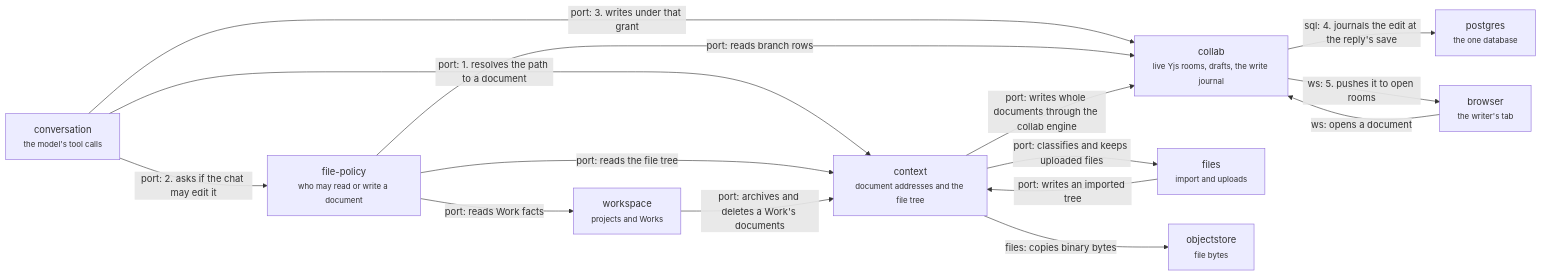
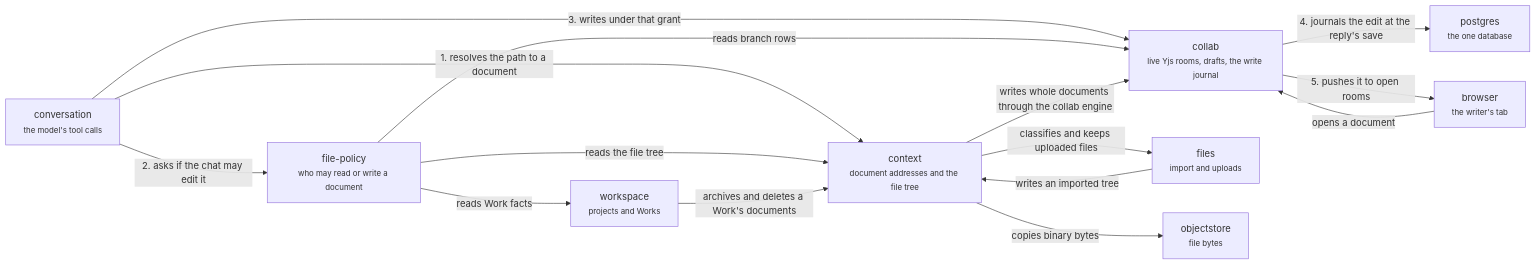
One commit to haowjy/meridian-flow changed the diagram in .context/system-architecture/server-documents.md. Above: the diagram before and after it, drawn with Mermaid. The commit also changed 13 other files, not shown here.

````diff
--- a/.context/system-architecture/server-documents.md
+++ b/.context/system-architecture/server-documents.md
@@ -5,26 +5,26 @@
 ```mermaid
 flowchart LR
   collab["collab<br/><small>live Yjs rooms, drafts, the write journal</small>"]:::domain
   context["context<br/><small>document addresses and the file tree</small>"]:::domain
   file-policy["file-policy<br/><small>who may read or write a document</small>"]:::domain
   conversation["conversation<br/><small>the model's tool calls</small>"]:::context
   workspace["workspace<br/><small>projects and Works</small>"]:::context
   files["files<br/><small>import and uploads</small>"]:::context
   browser["browser<br/><small>the writer's tab</small>"]:::context
   postgres["postgres<br/><small>the one database</small>"]:::context
   objectstore["objectstore<br/><small>file bytes</small>"]:::context
-  conversation -->|"port: 1. resolves the path to a document"| context
-  conversation -->|"port: 2. asks if the chat may edit it"| file-policy
-  conversation -->|"port: 3. writes under that grant"| collab
-  collab -->|"sql: 4. journals the edit at the reply's save"| postgres
-  collab -->|"ws: 5. pushes it to open rooms"| browser
-  browser -->|"ws: opens a document"| collab
-  file-policy -->|"port: reads Work facts"| workspace
-  file-policy -->|"port: reads branch rows"| collab
-  file-policy -->|"port: reads the file tree"| context
-  context -->|"port: writes whole documents through the collab engine"| collab
-  workspace -->|"port: archives and deletes a Work's documents"| context
-  files -->|"port: writes an imported tree"| context
-  context -->|"port: classifies and keeps uploaded files"| files
-  context -->|"files: copies binary bytes"| objectstore
+  conversation -->|"1. resolves the path to a document"| context
+  conversation -->|"2. asks if the chat may edit it"| file-policy
+  conversation -->|"3. writes under that grant"| collab
+  collab -->|"4. journals the edit at the reply's save"| postgres
+  collab -->|"5. pushes it to open rooms"| browser
+  browser -->|"opens a document"| collab
+  file-policy -->|"reads Work facts"| workspace
+  file-policy -->|"reads branch rows"| collab
+  file-policy -->|"reads the file tree"| context
+  context -->|"writes whole documents through the collab engine"| collab
+  workspace -->|"archives and deletes a Work's documents"| context
+  files -->|"writes an imported tree"| context
+  context -->|"classifies and keeps uploaded files"| files
+  context -->|"copies binary bytes"| objectstore
 ```
````
